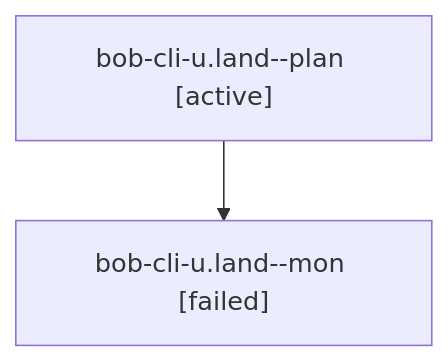
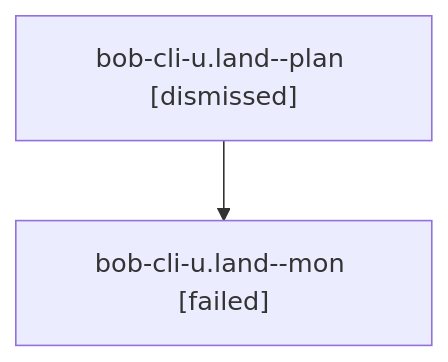
One commit to bobs-org/bob-cli--agents changed the diagram in sessions/bbugyi200.athena.bob-cli-u.land.md. Above: the diagram before and after it, drawn with Mermaid. The commit also changed other lines of this file and 67 other files, not shown here.

````diff
--- a/sessions/bbugyi200.athena.bob-cli-u.land.md
+++ b/sessions/bbugyi200.athena.bob-cli-u.land.md
@@ -9,6 +9,6 @@
 ```mermaid
 flowchart TD
-  n0["bob-cli-u.land--plan [active]"]
+  n0["bob-cli-u.land--plan [dismissed]"]
   n1["bob-cli-u.land--mon [failed]"]
   n0 --> n1
 ```
````
